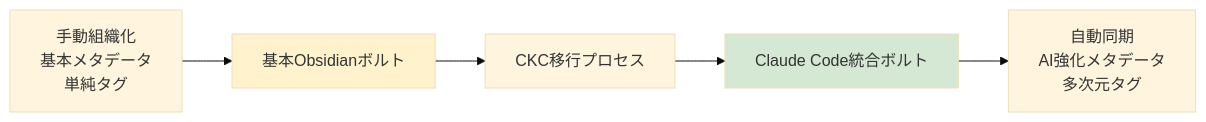
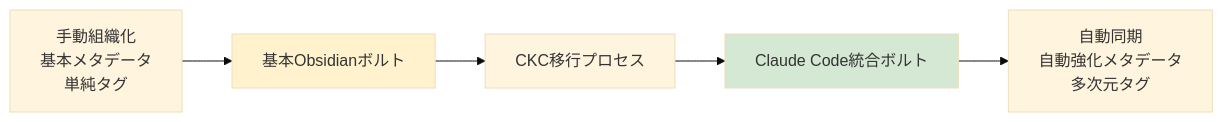
The first of 2 diagrams in docs/user-guide/obsidian-migration.md (drillan/claude-knowledge-catalyst), drawn with Mermaid (base theme) before and after one commit. The commit also changed other lines of this file and 19 other files, not shown here.

````diff
--- a/docs/user-guide/obsidian-migration.md
+++ b/docs/user-guide/obsidian-migration.md
@@ -18,11 +18,11 @@
 ```mermaid
 graph LR
     A[基本Obsidianボルト] --> B[CKC移行プロセス]
     B --> C[Claude Code統合ボルト]
     
     A1[手動組織化<br/>基本メタデータ<br/>単純タグ] --> A
-    C --> C1[自動同期<br/>AI強化メタデータ<br/>多次元タグ]
+    C --> C1[自動同期<br/>自動強化メタデータ<br/>多次元タグ]
     
     style A fill:#fff2cc
     style C fill:#d5e8d4
 ```
````
